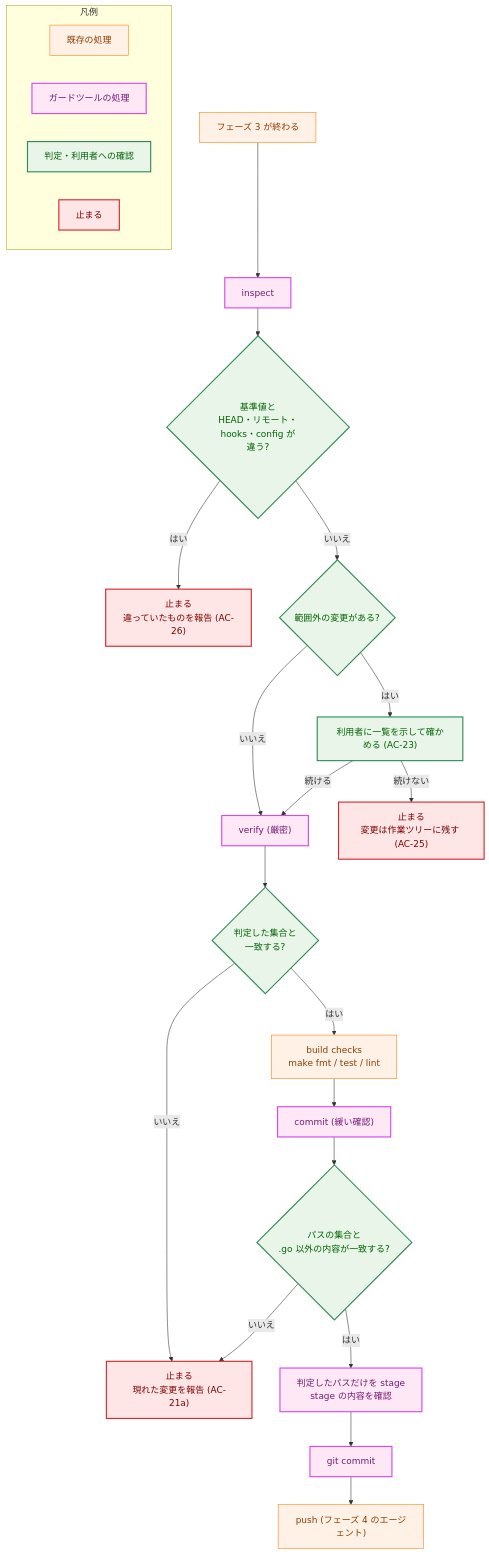
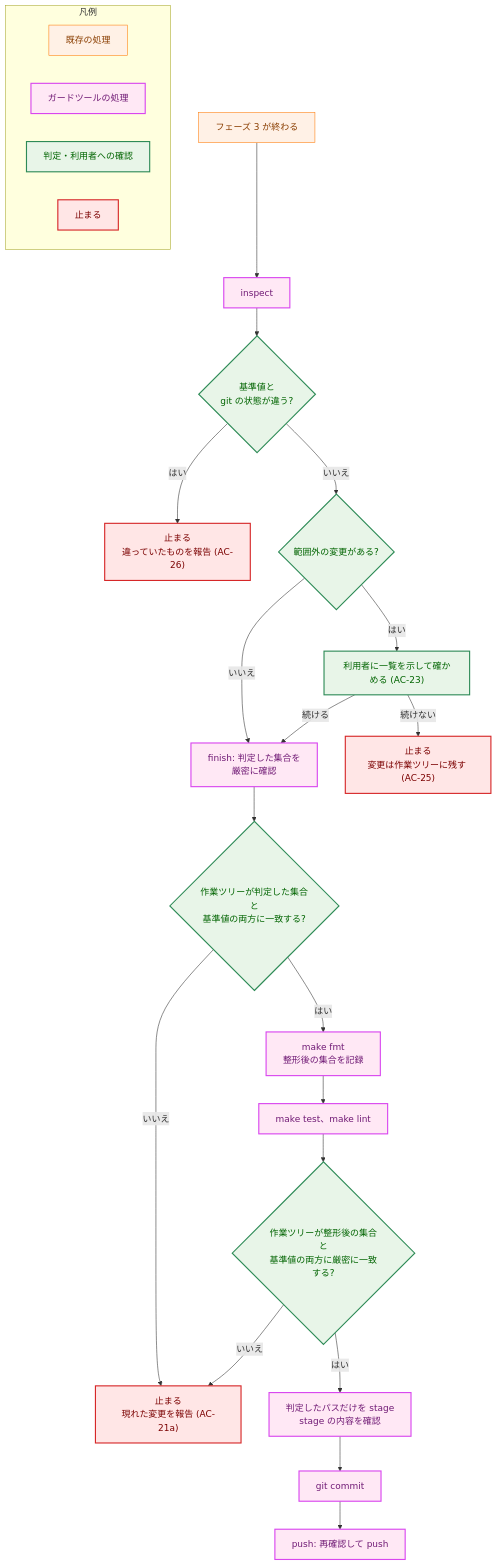
The fourth of 7 diagrams in docs/tasks/0030_fixpr_untrusted_threads/02_architecture.md (isseis/yt2column), drawn with Mermaid before and after one commit. The commit also changed other lines of this file, not shown here.

First line of the commit message:
docs(0030): revise the architecture after panel review and prose pass

````diff
--- a/docs/tasks/0030_fixpr_untrusted_threads/02_architecture.md
+++ b/docs/tasks/0030_fixpr_untrusted_threads/02_architecture.md
@@ -477,41 +575,41 @@
 ```mermaid
 flowchart TD
     classDef process fill:#fff1e6,stroke:#ff7f0e,stroke-width:1px,color:#8a3e00;
     classDef enhanced fill:#e8f5e8,stroke:#2e8b57,stroke-width:2px,color:#006400;
     classDef newpkg fill:#ffe8f5,stroke:#d946ef,stroke-width:2px,color:#701a75;
     classDef problem fill:#ffe6e6,stroke:#d62728,stroke-width:2px,color:#7b0000;
 
     P3["フェーズ 3 が終わる"] --> I["inspect"]
-    I --> GS{"基準値と<br>HEAD・リモート・hooks・config が<br>違う?"}
+    I --> GS{"基準値と<br>git の状態が違う?"}
     GS -->|"はい"| STOP1["止まる<br>違っていたものを報告 (AC-26)"]
     GS -->|"いいえ"| SC{"範囲外の変更がある?"}
-    SC -->|"いいえ"| V["verify (厳密)"]
+    SC -->|"いいえ"| F1["finish: 判定した集合を<br>厳密に確認"]
     SC -->|"はい"| ASK["利用者に一覧を示して確かめる (AC-23)"]
     ASK -->|"続けない"| STOP2["止まる<br>変更は作業ツリーに残す (AC-25)"]
-    ASK -->|"続ける"| V
-    V --> VM{"判定した集合と<br>一致する?"}
+    ASK -->|"続ける"| F1
+    F1 --> VM{"作業ツリーが判定した集合と<br>基準値の両方に一致する?"}
     VM -->|"いいえ"| STOP3["止まる<br>現れた変更を報告 (AC-21a)"]
-    VM -->|"はい"| B["build checks<br>make fmt / test / lint"]
-    B --> C["commit (緩い確認)"]
-    C --> CM{"パスの集合と<br>.go 以外の内容が一致する?"}
+    VM -->|"はい"| FM["make fmt<br>整形後の集合を記録"]
+    FM --> CK["make test、make lint"]
+    CK --> CM{"作業ツリーが整形後の集合と<br>基準値の両方に厳密に一致する?"}
     CM -->|"いいえ"| STOP3
     CM -->|"はい"| ST["判定したパスだけを stage<br>stage の内容を確認"]
     ST --> CO["git commit"]
-    CO --> PU["push (フェーズ 4 のエージェント)"]
+    CO --> PU["push: 再確認して push"]
 
-    class P3,B,PU process
-    class I,V,C,ST,CO newpkg
+    class P3 process
+    class I,F1,FM,CK,ST,CO,PU newpkg
     class GS,SC,VM,CM,ASK enhanced
     class STOP1,STOP2,STOP3 problem
 
     subgraph Legend["凡例"]
         LG1["既存の処理"]
         LG2["ガードツールの処理"]
         LG3["判定・利用者への確認"]
         LG4["止まる"]
     end
     class LG1 process
     class LG2 newpkg
     class LG3 enhanced
     class LG4 problem
 ```
````
